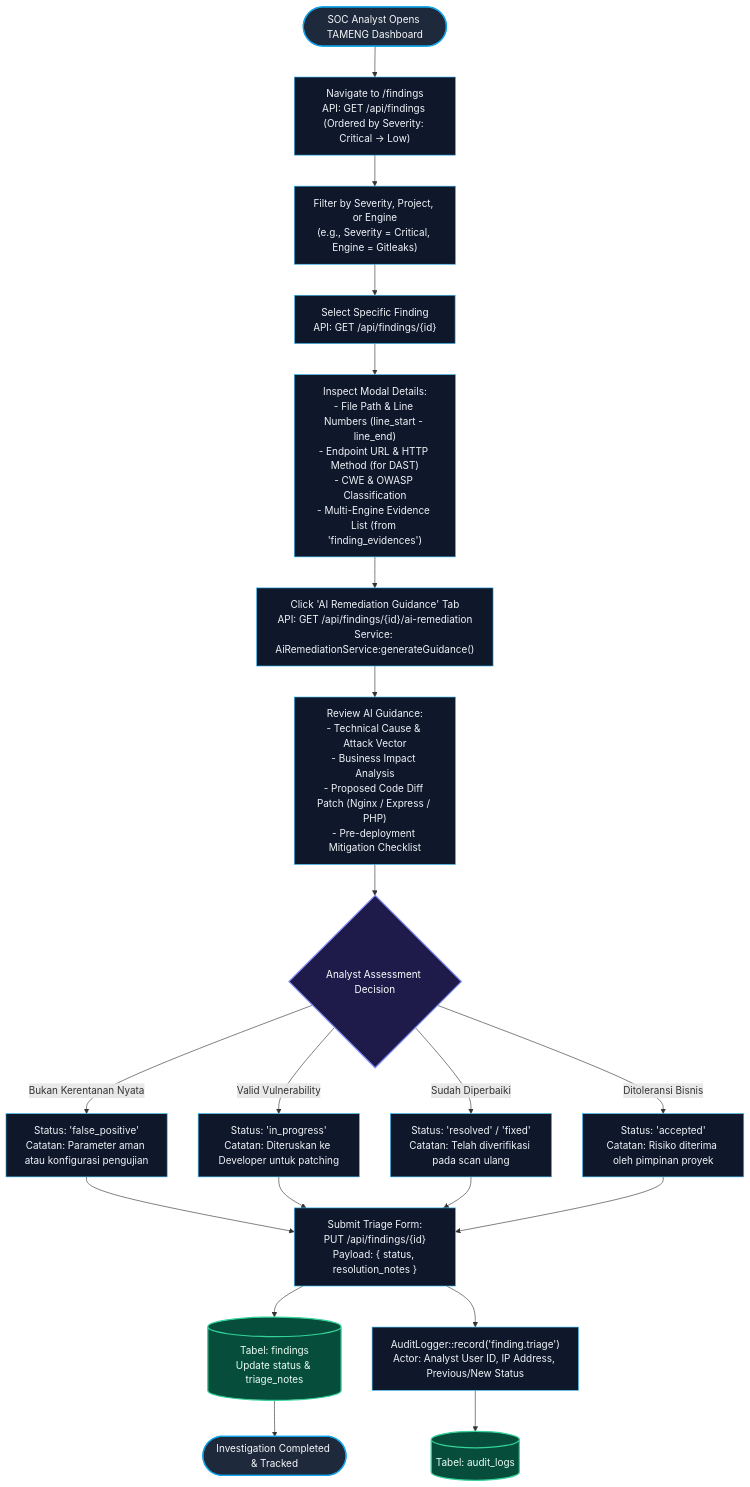
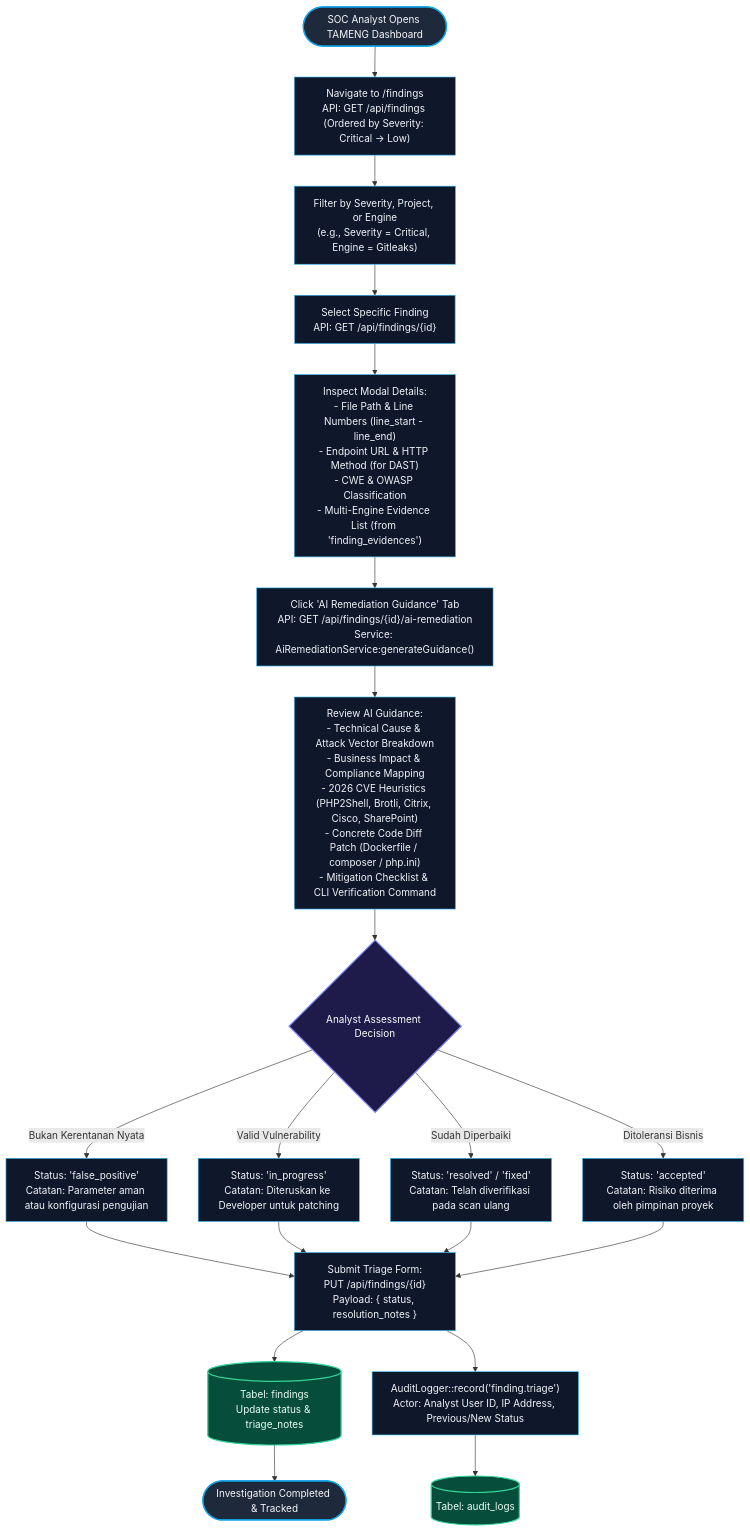
The fifth of 13 diagrams in docs/DOKUMENTASI_ALUR_DAN_CARA_KERJA_TAMENG.md (fauzanyudistira07/tameng), drawn with Mermaid before and after one commit. The commit also changed other lines of this file, not shown here.

First line of the commit message:
docs(workflow): integrate 2026 detection rules, engine lifecycle, and AI remediation into flowcharts and operational scenarios

````diff
--- a/docs/DOKUMENTASI_ALUR_DAN_CARA_KERJA_TAMENG.md
+++ b/docs/DOKUMENTASI_ALUR_DAN_CARA_KERJA_TAMENG.md
@@ -831,56 +832,56 @@
 ```mermaid
 flowchart TD
     classDef startEnd fill:#1e293b,stroke:#0ea5e9,stroke-width:2px,color:#f8fafc;
     classDef process fill:#0f172a,stroke:#38bdf8,stroke-width:1px,color:#f1f5f9;
     classDef decision fill:#1e1b4b,stroke:#818cf8,stroke-width:2px,color:#ffffff;
     classDef database fill:#064e3b,stroke:#34d399,stroke-width:2px,color:#ecfdf5;
     classDef denied fill:#450a0a,stroke:#f87171,stroke-width:2px,color:#fef2f2;
     classDef external fill:#2e1065,stroke:#c084fc,stroke-width:1px,color:#faf5ff;
 
     START_SOC(["SOC Analyst Opens TAMENG Dashboard"]):::startEnd
 
     NAV_FINDINGS["Navigate to /findings\nAPI: GET /api/findings (Ordered by Severity: Critical -> Low)"]:::process
     FILTER_FINDINGS["Filter by Severity, Project, or Engine\n(e.g., Severity = Critical, Engine = Gitleaks)"]:::process
     SELECT_FINDING["Select Specific Finding\nAPI: GET /api/findings/{id}"]:::process
 
     START_SOC --> NAV_FINDINGS
     NAV_FINDINGS --> FILTER_FINDINGS
     FILTER_FINDINGS --> SELECT_FINDING
 
     VIEW_DETAILS["Inspect Modal Details:\n- File Path & Line Numbers (line_start - line_end)\n- Endpoint URL & HTTP Method (for DAST)\n- CWE & OWASP Classification\n- Multi-Engine Evidence List (from 'finding_evidences')"]:::process
     SELECT_FINDING --> VIEW_DETAILS
 
     CALL_AI["Click 'AI Remediation Guidance' Tab\nAPI: GET /api/findings/{id}/ai-remediation\nService: AiRemediationService:generateGuidance()"]:::process
     VIEW_DETAILS --> CALL_AI
 
-    INSPECT_AI["Review AI Guidance:\n- Technical Cause & Attack Vector\n- Business Impact Analysis\n- Proposed Code Diff Patch (Nginx / Express / PHP)\n- Pre-deployment Mitigation Checklist"]:::process
+    INSPECT_AI["Review AI Guidance:\n- Technical Cause & Attack Vector Breakdown\n- Business Impact & Compliance Mapping\n- 2026 CVE Heuristics (PHP2Shell, Brotli, Citrix, Cisco, SharePoint)\n- Concrete Code Diff Patch (Dockerfile / composer / php.ini)\n- Mitigation Checklist & CLI Verification Command"]:::process
     CALL_AI --> INSPECT_AI
 
     DECIDE_TRIAGE{"Analyst Assessment Decision"}:::decision
     INSPECT_AI --> DECIDE_TRIAGE
 
     ACT_FP["Status: 'false_positive'\nCatatan: Parameter aman atau konfigurasi pengujian"]:::process
     ACT_PROGRESS["Status: 'in_progress'\nCatatan: Diteruskan ke Developer untuk patching"]:::process
     ACT_RESOLVED["Status: 'resolved' / 'fixed'\nCatatan: Telah diverifikasi pada scan ulang"]:::process
     ACT_ACCEPT["Status: 'accepted'\nCatatan: Risiko diterima oleh pimpinan proyek"]:::process
 
     DECIDE_TRIAGE -->|Bukan Kerentanan Nyata| ACT_FP
     DECIDE_TRIAGE -->|Valid Vulnerability| ACT_PROGRESS
     DECIDE_TRIAGE -->|Sudah Diperbaiki| ACT_RESOLVED
     DECIDE_TRIAGE -->|Ditoleransi Bisnis| ACT_ACCEPT
 
     SUBMIT_TRIAGE["Submit Triage Form:\nPUT /api/findings/{id}\nPayload: { status, resolution_notes }"]:::process
     ACT_FP --> SUBMIT_TRIAGE
     ACT_PROGRESS --> SUBMIT_TRIAGE
     ACT_RESOLVED --> SUBMIT_TRIAGE
     ACT_ACCEPT --> SUBMIT_TRIAGE
 
     DB_UPDATE_FINDING[("Tabel: findings\nUpdate status & triage_notes")]:::database
     RECORD_AUDIT["AuditLogger::record('finding.triage')\nActor: Analyst User ID, IP Address, Previous/New Status"]:::process
     DB_AUDIT[("Tabel: audit_logs")]:::database
 
     SUBMIT_TRIAGE --> DB_UPDATE_FINDING
     SUBMIT_TRIAGE --> RECORD_AUDIT
     RECORD_AUDIT --> DB_AUDIT
     DB_UPDATE_FINDING --> END_TRIAGE(["Investigation Completed & Tracked"]):::startEnd
 ```
````
